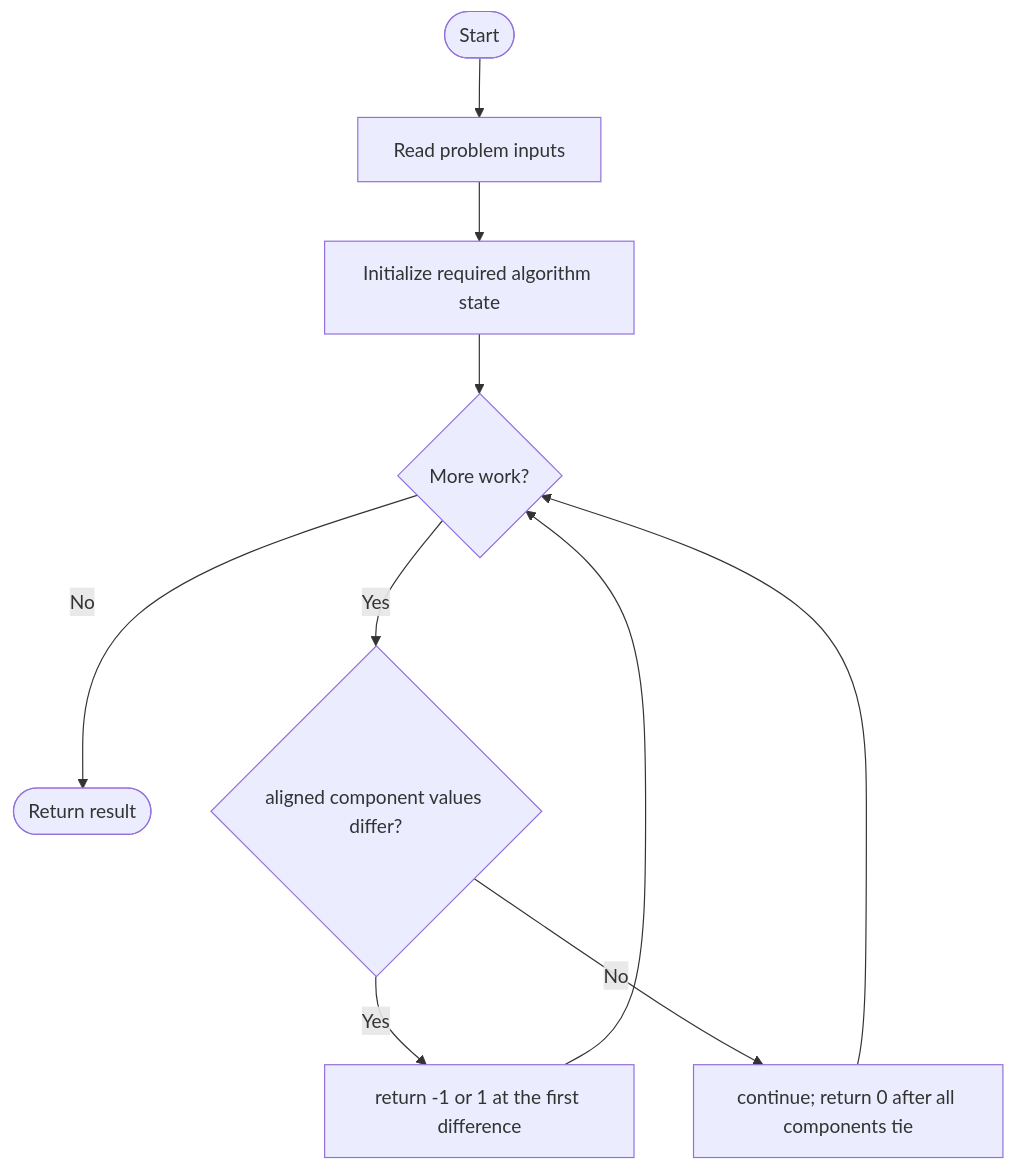
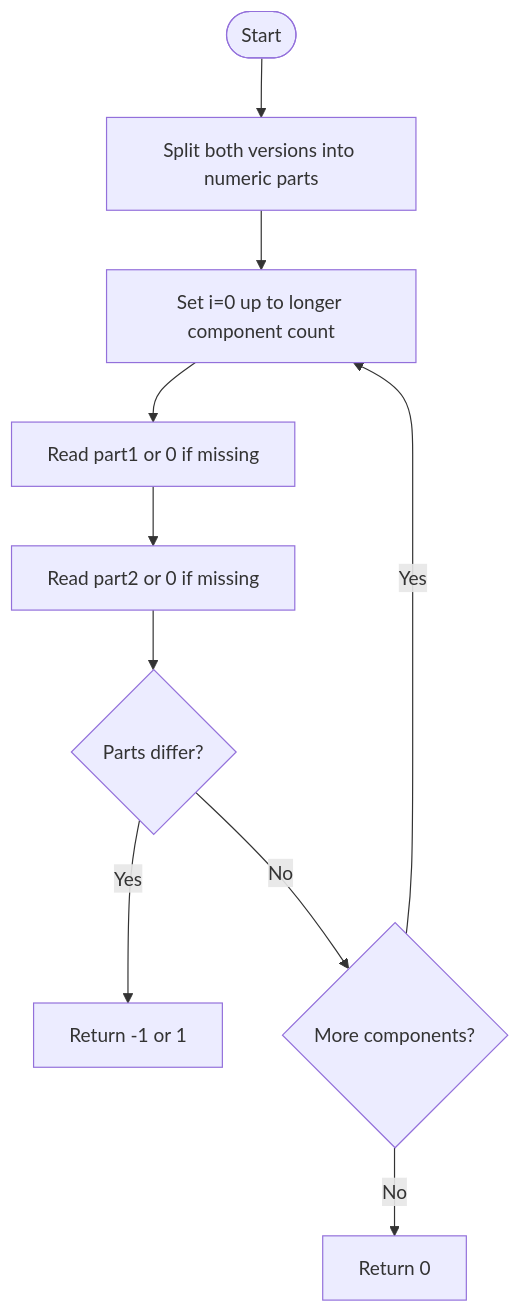
One commit to SAIDEEPBHANGE/C-CPP-Codes changed the diagram in LeetCode/165/README.md. Above: the diagram before and after it, drawn with Mermaid. The commit also changed other lines of this file and 196 other files, not shown here.

````diff
--- a/LeetCode/165/README.md
+++ b/LeetCode/165/README.md
@@ -13,12 +31,12 @@
 ```mermaid
 flowchart TD
-    A([Start]) --> B[Read problem inputs]
-    B --> C[Initialize required algorithm state]
-    C --> D{More work?}
-    D -- No --> Z([Return result])
-    D -- Yes --> E{aligned component values differ?}
-    E -- Yes --> F[return -1 or 1 at the first difference]
-    E -- No --> G[continue; return 0 after all components tie]
-    F --> D
-    G --> D
+ A([Start]) --> B[Split both versions into numeric parts]
+ B --> C[Set i=0 up to longer component count]
+ C --> D[Read part1 or 0 if missing]
+ D --> E[Read part2 or 0 if missing]
+ E --> F{Parts differ?}
+ F -- Yes --> G[Return -1 or 1]
+ F -- No --> H{More components?}
+ H -- Yes --> C
+ H -- No --> I[Return 0]
 ```
````
